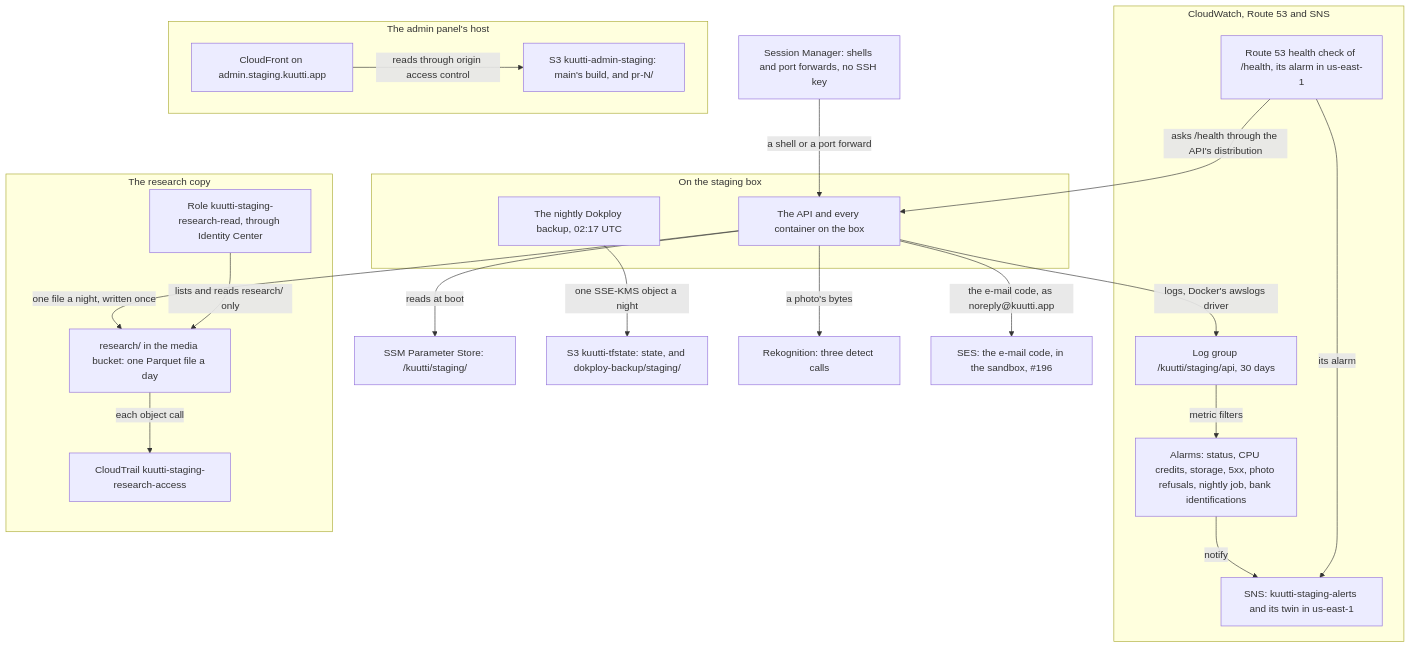
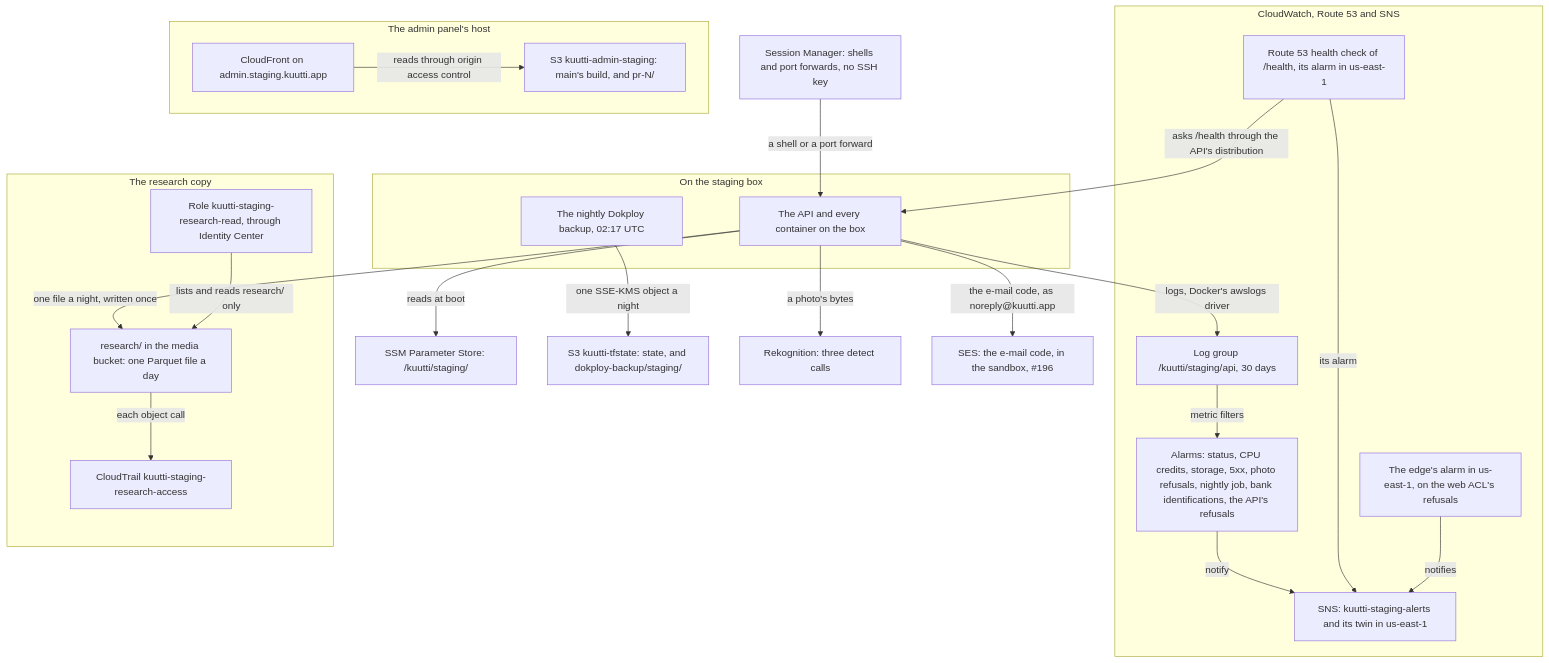
The third of 6 diagrams in docs/architecture/deployment.md (kuutti-ry/kuutti-app), drawn with Mermaid before and after one commit. The commit also changed other lines of this file and 33 other files, not shown here.

````diff
--- a/docs/architecture/deployment.md
+++ b/docs/architecture/deployment.md
@@ -158,44 +164,46 @@
 ```mermaid
 flowchart TB
   accTitle: Deployment, part 3: staging, the services around the box
-  accDescr: The API reads the parameter store at boot, logs through Docker to CloudWatch, calls Rekognition, and writes one research file a night to the media bucket. CloudWatch's alarms and the Route 53 health probe mail through SNS. The box backs Dokploy up to the state bucket every night, and Session Manager is the way in. The admin panel has its own bucket and distribution. A researcher's role reads the research copy, and CloudTrail logs every read. SES sends the e-mail code.
+  accDescr: The API reads the parameter store at boot, logs through Docker to CloudWatch, calls Rekognition, and writes one research file a night to the media bucket. CloudWatch's alarms, the edge's among them, and the Route 53 health probe mail through SNS. The box backs Dokploy up to the state bucket every night, and Session Manager is the way in. The admin panel has its own bucket and distribution. A researcher's role reads the research copy, and CloudTrail logs every read. SES sends the e-mail code.
   subgraph boxside["On the staging box"]
     n26["The API and every container on the box"]
     n27["The nightly Dokploy backup, 02:17 UTC"]
   end
   n28["Session Manager: shells and port forwards, no SSH key"]
   n29["SSM Parameter Store: /kuutti/staging/"]
   subgraph watch["CloudWatch, Route 53 and SNS"]
     n30["Log group /kuutti/staging/api, 30 days"]
-    n31["Alarms: status, CPU credits, storage, 5xx, photo refusals, nightly job, bank identifications"]
+    n31["Alarms: status, CPU credits, storage, 5xx, photo refusals, nightly job, bank identifications, the API's refusals"]
     n32["Route 53 health check of /health, its alarm in us-east-1"]
+    n70["The edge's alarm in us-east-1, on the web ACL's refusals"]
     n33["SNS: kuutti-staging-alerts and its twin in us-east-1"]
   end
   subgraph panel["The admin panel's host"]
     n34["CloudFront on admin.staging.kuutti.app"]
     n35["S3 kuutti-admin-staging: main's build, and pr-N/"]
   end
   subgraph research["The research copy"]
     n36["research/ in the media bucket: one Parquet file a day"]
     n37["Role kuutti-staging-research-read, through Identity Center"]
     n38["CloudTrail kuutti-staging-research-access"]
   end
   n39["S3 kuutti-tfstate: state, and dokploy-backup/staging/"]
   n40["Rekognition: three detect calls"]
   n41["SES: the e-mail code, in the sandbox, #196"]
   n26 -->|"reads at boot"| n29
   n26 -->|"logs, Docker's awslogs driver"| n30
   n30 -->|"metric filters"| n31
   n31 -->|"notify"| n33
   n32 -->|"asks /health through the API's distribution"| n26
   n32 -->|"its alarm"| n33
+  n70 -->|"notifies"| n33
   n27 -->|"one SSE-KMS object a night"| n39
   n28 -->|"a shell or a port forward"| n26
   n26 -->|"a photo's bytes"| n40
   n26 -->|"the e-mail code, as noreply@kuutti.app"| n41
   n26 -->|"one file a night, written once"| n36
   n37 -->|"lists and reads research/ only"| n36
   n36 -->|"each object call"| n38
   n34 -->|"reads through origin access control"| n35
   classDef notbuilt stroke-dasharray: 5 5
 ```
````
